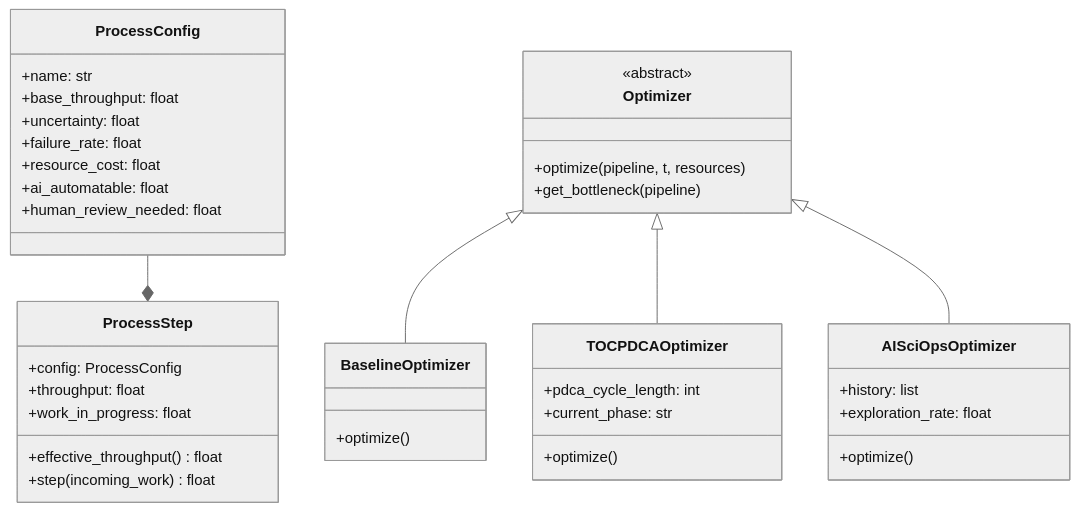
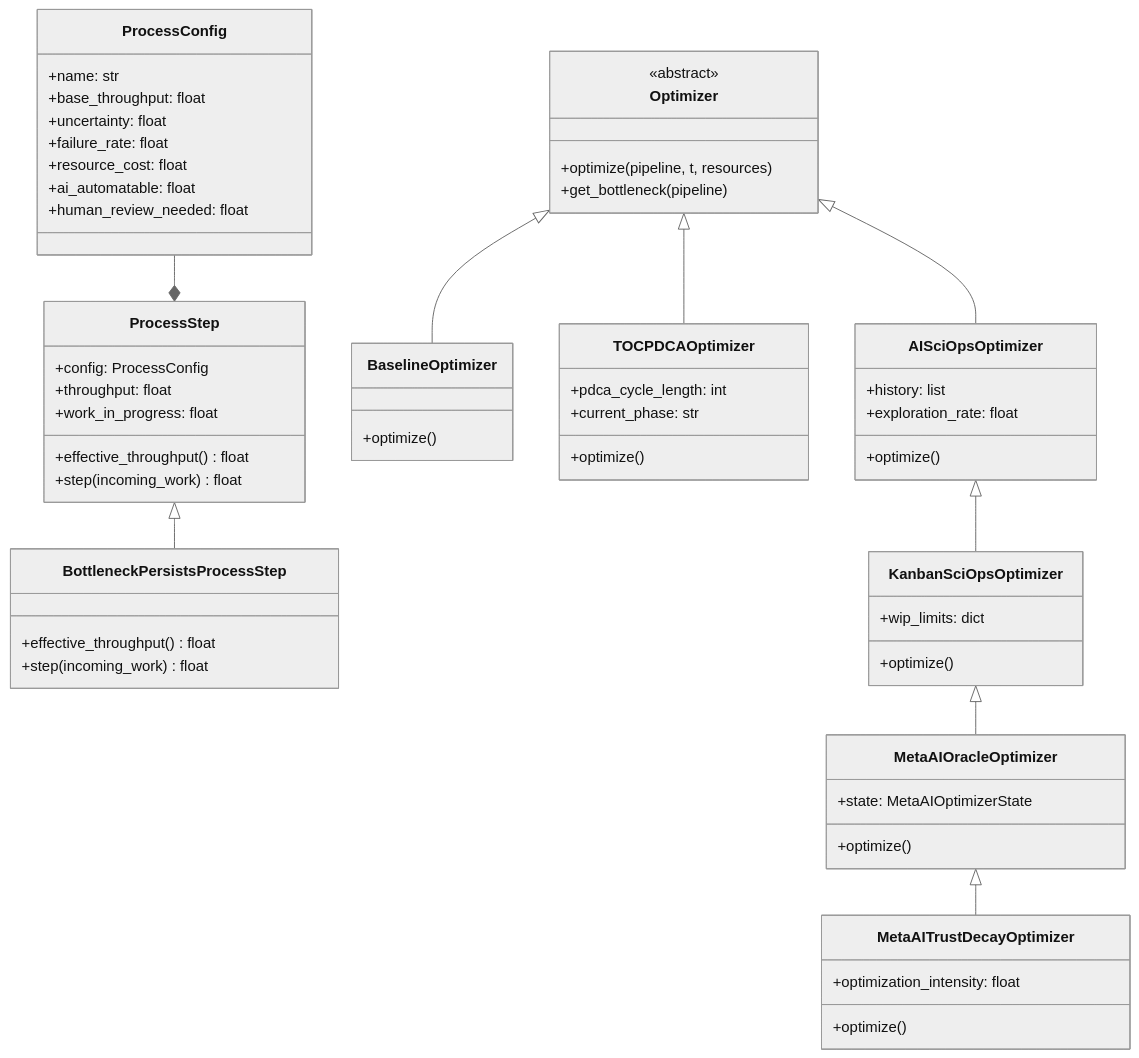
One commit to Taiyou/DeSciTokyo changed the fifth of 5 diagrams in docs/wiki/Architecture.md. Above: the diagram before and after it, drawn with Mermaid (neutral theme). The commit also changed other lines of this file and 9 other files, not shown here.

First line of the commit message:
Enrich wiki: MC corrections, cross-references, updated architecture

````diff
--- a/docs/wiki/Architecture.md
+++ b/docs/wiki/Architecture.md
@@ -186,45 +325,66 @@
 ```mermaid
 classDiagram
     class ProcessConfig {
         +name: str
         +base_throughput: float
         +uncertainty: float
         +failure_rate: float
         +resource_cost: float
         +ai_automatable: float
         +human_review_needed: float
     }
 
     class ProcessStep {
         +config: ProcessConfig
         +throughput: float
         +work_in_progress: float
+        +effective_throughput() float
+        +step(incoming_work) float
+    }
+
+    class BottleneckPersistsProcessStep {
         +effective_throughput() float
         +step(incoming_work) float
     }
 
     class Optimizer {
         <<abstract>>
         +optimize(pipeline, t, resources)
         +get_bottleneck(pipeline)
     }
 
     class BaselineOptimizer {
         +optimize()
     }
     class TOCPDCAOptimizer {
         +pdca_cycle_length: int
         +current_phase: str
         +optimize()
     }
     class AISciOpsOptimizer {
         +history: list
         +exploration_rate: float
         +optimize()
     }
+    class KanbanSciOpsOptimizer {
+        +wip_limits: dict
+        +optimize()
+    }
+    class MetaAIOracleOptimizer {
+        +state: MetaAIOptimizerState
+        +optimize()
+    }
+    class MetaAITrustDecayOptimizer {
+        +optimization_intensity: float
+        +optimize()
+    }
 
     ProcessConfig --* ProcessStep
+    ProcessStep <|-- BottleneckPersistsProcessStep
     Optimizer <|-- BaselineOptimizer
     Optimizer <|-- TOCPDCAOptimizer
     Optimizer <|-- AISciOpsOptimizer
+    AISciOpsOptimizer <|-- KanbanSciOpsOptimizer
+    KanbanSciOpsOptimizer <|-- MetaAIOracleOptimizer
+    MetaAIOracleOptimizer <|-- MetaAITrustDecayOptimizer
 ```
````
